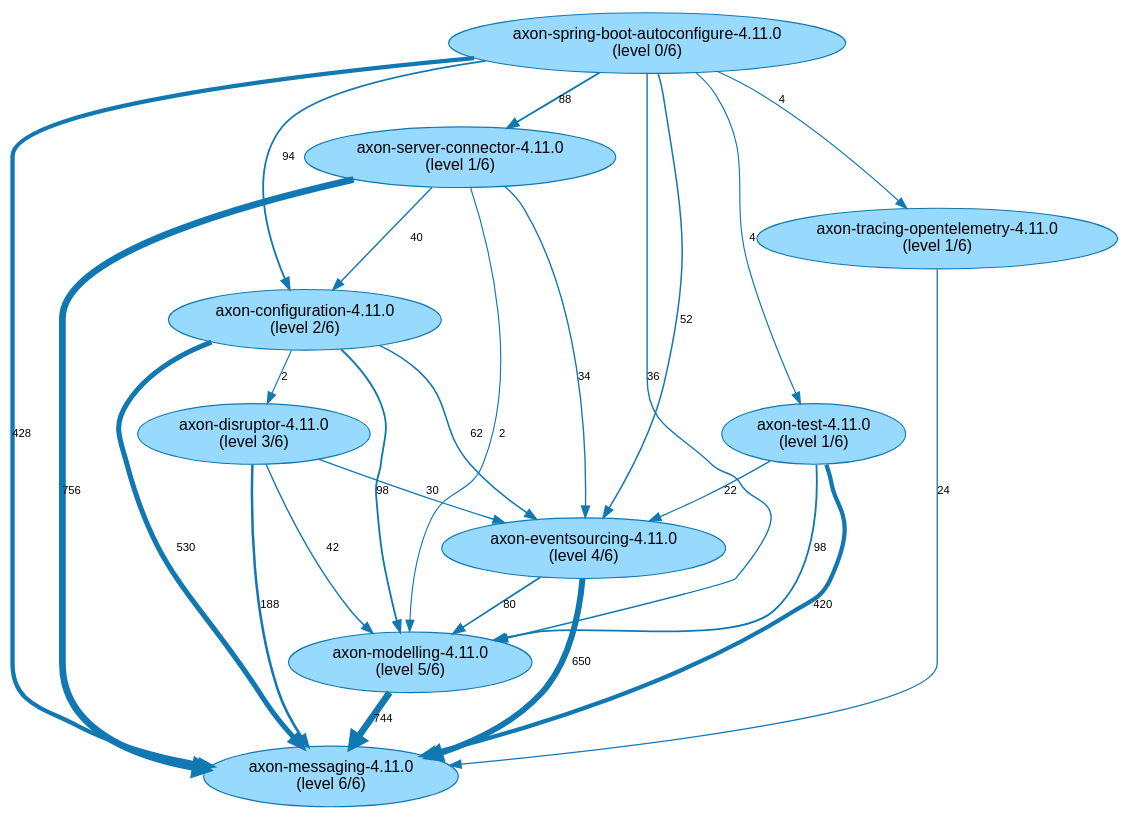
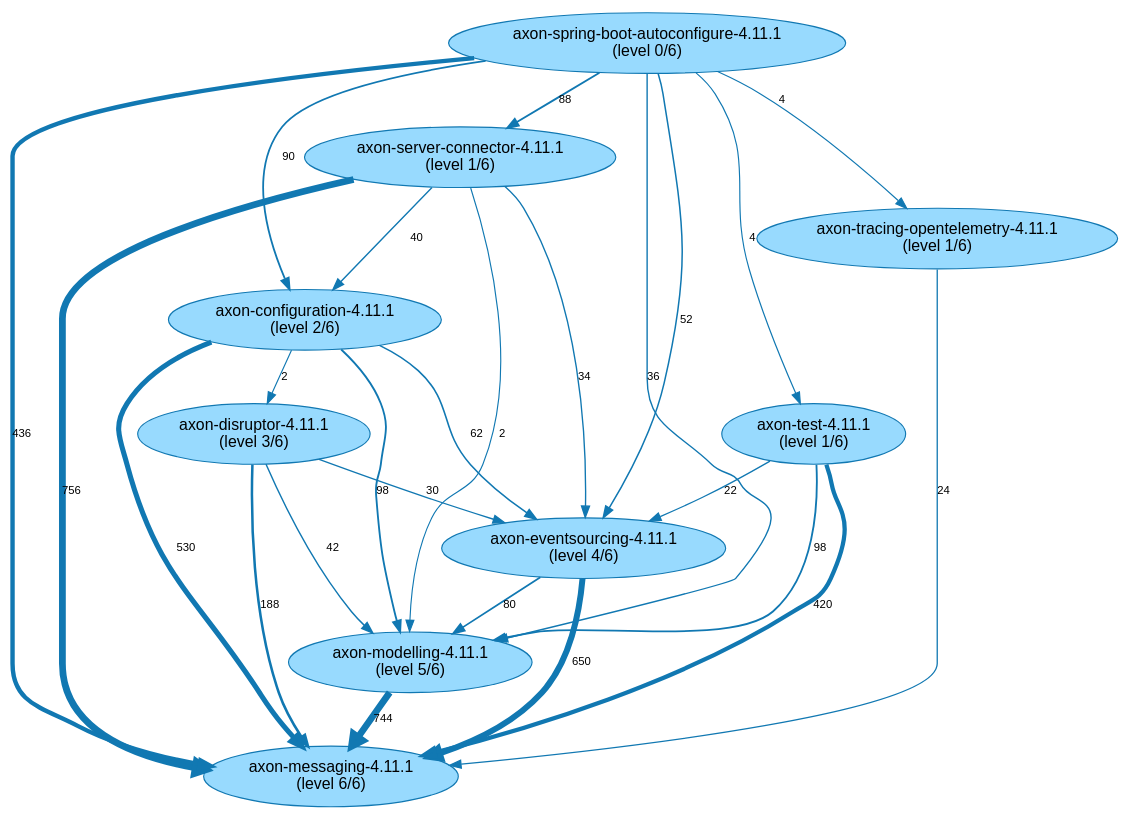
The diagram in analysis-results/AxonFramework/latest/internal-dependencies-visualization/JavaArtifactBuildLevels.gv (JohT/code-graph-analysis-examples), drawn with Graphviz before and after one commit. The commit also changed 449 other files, not shown here.

```diff
--- a/analysis-results/AxonFramework/latest/internal-dependencies-visualization/JavaArtifactBuildLevels.gv
+++ b/analysis-results/AxonFramework/latest/internal-dependencies-visualization/JavaArtifactBuildLevels.gv
@@ -1,35 +1,35 @@
 // This GraphViz dot file was generated by the script convertQueryResultCsvToGraphVizDotFile.sh with default.template
 
 strict digraph JavaArtifactBuildLevels {
     fontname = "Helvetica,Arial,sans-serif";
     node [fontname = "Helvetica,Arial,sans-serif";];
     edge [fontname = "Helvetica,Arial,sans-serif"; fontsize = 10;];
     node [style = filled; fillcolor = "0.560 0.400 0.999";];
     node [color = "0.560 0.900 0.700";];
     edge [color = "0.560 0.900 0.700";];
-	"axon-server-connector-4.11.0\n(level 1/6)" -> "axon-messaging-4.11.0\n(level 6/6)" [label = 756; penwidth = 6.0; ];
-	"axon-modelling-4.11.0\n(level 5/6)" -> "axon-messaging-4.11.0\n(level 6/6)" [label = 744; penwidth = 5.92; ];
-	"axon-eventsourcing-4.11.0\n(level 4/6)" -> "axon-messaging-4.11.0\n(level 6/6)" [label = 650; penwidth = 5.3; ];
-	"axon-configuration-4.11.0\n(level 2/6)" -> "axon-messaging-4.11.0\n(level 6/6)" [label = 530; penwidth = 4.5; ];
-	"axon-spring-boot-autoconfigure-4.11.0\n(level 0/6)" -> "axon-messaging-4.11.0\n(level 6/6)" [label = 428; penwidth = 3.82; ];
-	"axon-test-4.11.0\n(level 1/6)" -> "axon-messaging-4.11.0\n(level 6/6)" [label = 420; penwidth = 3.77; ];
-	"axon-disruptor-4.11.0\n(level 3/6)" -> "axon-messaging-4.11.0\n(level 6/6)" [label = 188; penwidth = 2.23; ];
-	"axon-configuration-4.11.0\n(level 2/6)" -> "axon-modelling-4.11.0\n(level 5/6)" [label = 98; penwidth = 1.64; ];
-	"axon-test-4.11.0\n(level 1/6)" -> "axon-modelling-4.11.0\n(level 5/6)" [label = 98; penwidth = 1.64; ];
-	"axon-spring-boot-autoconfigure-4.11.0\n(level 0/6)" -> "axon-configuration-4.11.0\n(level 2/6)" [label = 94; penwidth = 1.61; ];
-	"axon-spring-boot-autoconfigure-4.11.0\n(level 0/6)" -> "axon-server-connector-4.11.0\n(level 1/6)" [label = 88; penwidth = 1.57; ];
-	"axon-eventsourcing-4.11.0\n(level 4/6)" -> "axon-modelling-4.11.0\n(level 5/6)" [label = 80; penwidth = 1.52; ];
-	"axon-configuration-4.11.0\n(level 2/6)" -> "axon-eventsourcing-4.11.0\n(level 4/6)" [label = 62; penwidth = 1.4; ];
-	"axon-spring-boot-autoconfigure-4.11.0\n(level 0/6)" -> "axon-eventsourcing-4.11.0\n(level 4/6)" [label = 52; penwidth = 1.33; ];
-	"axon-disruptor-4.11.0\n(level 3/6)" -> "axon-modelling-4.11.0\n(level 5/6)" [label = 42; penwidth = 1.27; ];
-	"axon-server-connector-4.11.0\n(level 1/6)" -> "axon-configuration-4.11.0\n(level 2/6)" [label = 40; penwidth = 1.25; ];
-	"axon-spring-boot-autoconfigure-4.11.0\n(level 0/6)" -> "axon-modelling-4.11.0\n(level 5/6)" [label = 36; penwidth = 1.23; ];
-	"axon-server-connector-4.11.0\n(level 1/6)" -> "axon-eventsourcing-4.11.0\n(level 4/6)" [label = 34; penwidth = 1.21; ];
-	"axon-disruptor-4.11.0\n(level 3/6)" -> "axon-eventsourcing-4.11.0\n(level 4/6)" [label = 30; penwidth = 1.19; ];
-	"axon-tracing-opentelemetry-4.11.0\n(level 1/6)" -> "axon-messaging-4.11.0\n(level 6/6)" [label = 24; penwidth = 1.15; ];
-	"axon-test-4.11.0\n(level 1/6)" -> "axon-eventsourcing-4.11.0\n(level 4/6)" [label = 22; penwidth = 1.13; ];
-	"axon-spring-boot-autoconfigure-4.11.0\n(level 0/6)" -> "axon-tracing-opentelemetry-4.11.0\n(level 1/6)" [label = 4; penwidth = 1.01; ];
-	"axon-spring-boot-autoconfigure-4.11.0\n(level 0/6)" -> "axon-test-4.11.0\n(level 1/6)" [label = 4; penwidth = 1.01; ];
-	"axon-server-connector-4.11.0\n(level 1/6)" -> "axon-modelling-4.11.0\n(level 5/6)" [label = 2; penwidth = 1.0; ];
-	"axon-configuration-4.11.0\n(level 2/6)" -> "axon-disruptor-4.11.0\n(level 3/6)" [label = 2; penwidth = 1.0; ];
+	"axon-server-connector-4.11.1\n(level 1/6)" -> "axon-messaging-4.11.1\n(level 6/6)" [label = 756; penwidth = 6.0; ];
+	"axon-modelling-4.11.1\n(level 5/6)" -> "axon-messaging-4.11.1\n(level 6/6)" [label = 744; penwidth = 5.92; ];
+	"axon-eventsourcing-4.11.1\n(level 4/6)" -> "axon-messaging-4.11.1\n(level 6/6)" [label = 650; penwidth = 5.3; ];
+	"axon-configuration-4.11.1\n(level 2/6)" -> "axon-messaging-4.11.1\n(level 6/6)" [label = 530; penwidth = 4.5; ];
+	"axon-spring-boot-autoconfigure-4.11.1\n(level 0/6)" -> "axon-messaging-4.11.1\n(level 6/6)" [label = 436; penwidth = 3.88; ];
+	"axon-test-4.11.1\n(level 1/6)" -> "axon-messaging-4.11.1\n(level 6/6)" [label = 420; penwidth = 3.77; ];
+	"axon-disruptor-4.11.1\n(level 3/6)" -> "axon-messaging-4.11.1\n(level 6/6)" [label = 188; penwidth = 2.23; ];
+	"axon-test-4.11.1\n(level 1/6)" -> "axon-modelling-4.11.1\n(level 5/6)" [label = 98; penwidth = 1.64; ];
+	"axon-configuration-4.11.1\n(level 2/6)" -> "axon-modelling-4.11.1\n(level 5/6)" [label = 98; penwidth = 1.64; ];
+	"axon-spring-boot-autoconfigure-4.11.1\n(level 0/6)" -> "axon-configuration-4.11.1\n(level 2/6)" [label = 90; penwidth = 1.58; ];
+	"axon-spring-boot-autoconfigure-4.11.1\n(level 0/6)" -> "axon-server-connector-4.11.1\n(level 1/6)" [label = 88; penwidth = 1.57; ];
+	"axon-eventsourcing-4.11.1\n(level 4/6)" -> "axon-modelling-4.11.1\n(level 5/6)" [label = 80; penwidth = 1.52; ];
+	"axon-configuration-4.11.1\n(level 2/6)" -> "axon-eventsourcing-4.11.1\n(level 4/6)" [label = 62; penwidth = 1.4; ];
+	"axon-spring-boot-autoconfigure-4.11.1\n(level 0/6)" -> "axon-eventsourcing-4.11.1\n(level 4/6)" [label = 52; penwidth = 1.33; ];
+	"axon-disruptor-4.11.1\n(level 3/6)" -> "axon-modelling-4.11.1\n(level 5/6)" [label = 42; penwidth = 1.27; ];
+	"axon-server-connector-4.11.1\n(level 1/6)" -> "axon-configuration-4.11.1\n(level 2/6)" [label = 40; penwidth = 1.25; ];
+	"axon-spring-boot-autoconfigure-4.11.1\n(level 0/6)" -> "axon-modelling-4.11.1\n(level 5/6)" [label = 36; penwidth = 1.23; ];
+	"axon-server-connector-4.11.1\n(level 1/6)" -> "axon-eventsourcing-4.11.1\n(level 4/6)" [label = 34; penwidth = 1.21; ];
+	"axon-disruptor-4.11.1\n(level 3/6)" -> "axon-eventsourcing-4.11.1\n(level 4/6)" [label = 30; penwidth = 1.19; ];
+	"axon-tracing-opentelemetry-4.11.1\n(level 1/6)" -> "axon-messaging-4.11.1\n(level 6/6)" [label = 24; penwidth = 1.15; ];
+	"axon-test-4.11.1\n(level 1/6)" -> "axon-eventsourcing-4.11.1\n(level 4/6)" [label = 22; penwidth = 1.13; ];
+	"axon-spring-boot-autoconfigure-4.11.1\n(level 0/6)" -> "axon-test-4.11.1\n(level 1/6)" [label = 4; penwidth = 1.01; ];
+	"axon-spring-boot-autoconfigure-4.11.1\n(level 0/6)" -> "axon-tracing-opentelemetry-4.11.1\n(level 1/6)" [label = 4; penwidth = 1.01; ];
+	"axon-server-connector-4.11.1\n(level 1/6)" -> "axon-modelling-4.11.1\n(level 5/6)" [label = 2; penwidth = 1.0; ];
+	"axon-configuration-4.11.1\n(level 2/6)" -> "axon-disruptor-4.11.1\n(level 3/6)" [label = 2; penwidth = 1.0; ];
 }
```
